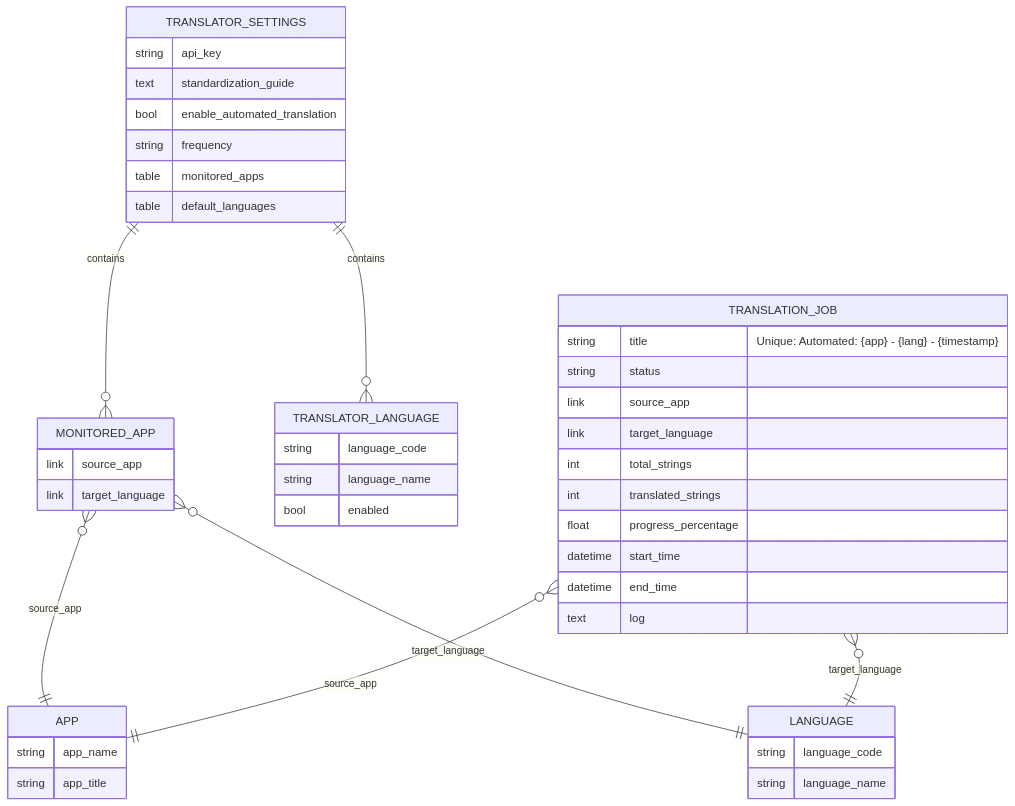
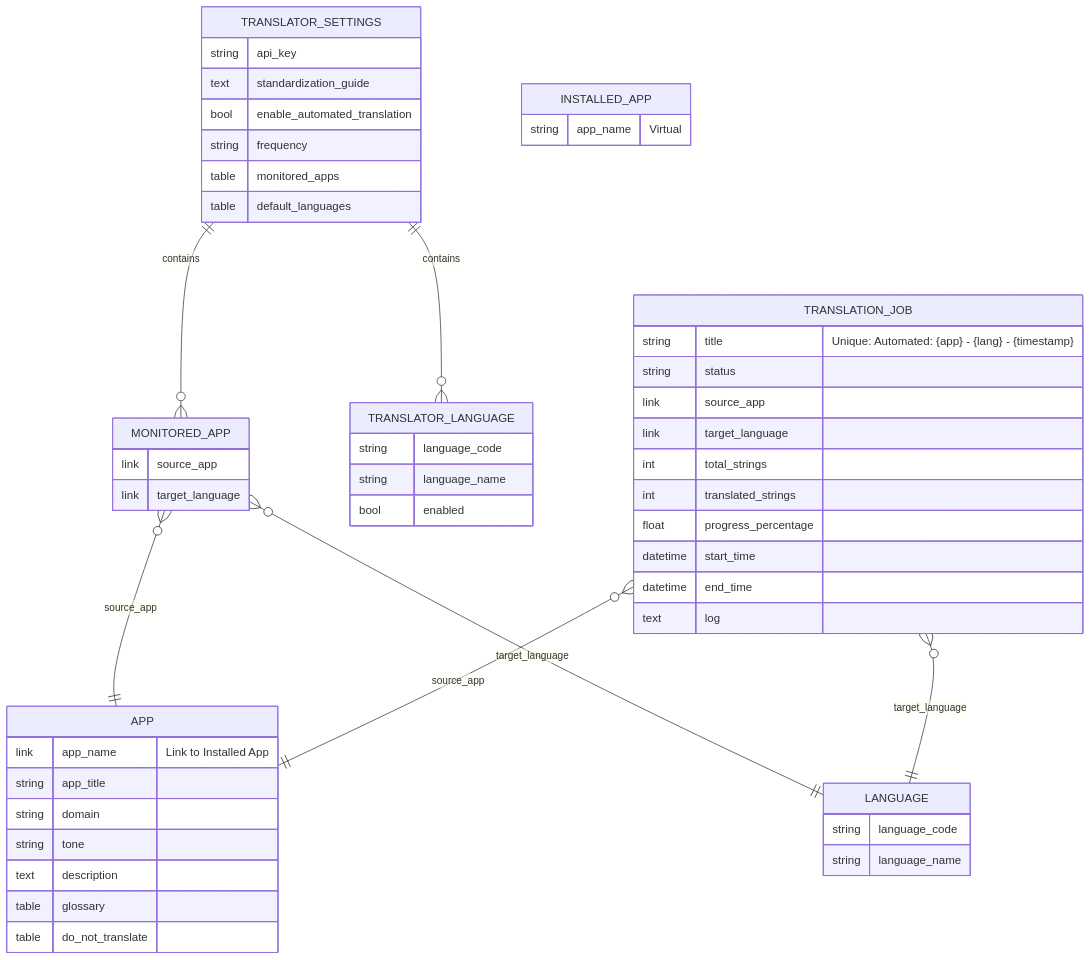
The second of 3 diagrams in docs/developer_guide/architecture.md (SebstnRodri/translation_hub), drawn with Mermaid before and after one commit. The commit also changed other lines of this file and 32 other files, not shown here.

````diff
--- a/docs/developer_guide/architecture.md
+++ b/docs/developer_guide/architecture.md
@@ -182,52 +193,61 @@
 ```mermaid
 erDiagram
     TRANSLATOR_SETTINGS ||--o{ MONITORED_APP : "contains"
     TRANSLATOR_SETTINGS ||--o{ TRANSLATOR_LANGUAGE : "contains"
     MONITORED_APP }o--|| APP : "source_app"
     MONITORED_APP }o--|| LANGUAGE : "target_language"
     TRANSLATION_JOB }o--|| APP : "source_app"
     TRANSLATION_JOB }o--|| LANGUAGE : "target_language"
     
     TRANSLATOR_SETTINGS {
         string api_key
         text standardization_guide
         bool enable_automated_translation
         string frequency
         table monitored_apps
         table default_languages
     }
     
     MONITORED_APP {
         link source_app
         link target_language
     }
     
     TRANSLATOR_LANGUAGE {
         string language_code
         string language_name
         bool enabled
     }
     
     APP {
-        string app_name
+        link app_name "Link to Installed App"
         string app_title
+        string domain
+        string tone
+        text description
+        table glossary
+        table do_not_translate
+    }
+
+    INSTALLED_APP {
+        string app_name "Virtual"
     }
     
     TRANSLATION_JOB {
         string title "Unique: Automated: {app} - {lang} - {timestamp}"
         string status
         link source_app
         link target_language
         int total_strings
         int translated_strings
         float progress_percentage
         datetime start_time
         datetime end_time
         text log
     }
     
     LANGUAGE {
         string language_code
         string language_name
     }
 ```
````
